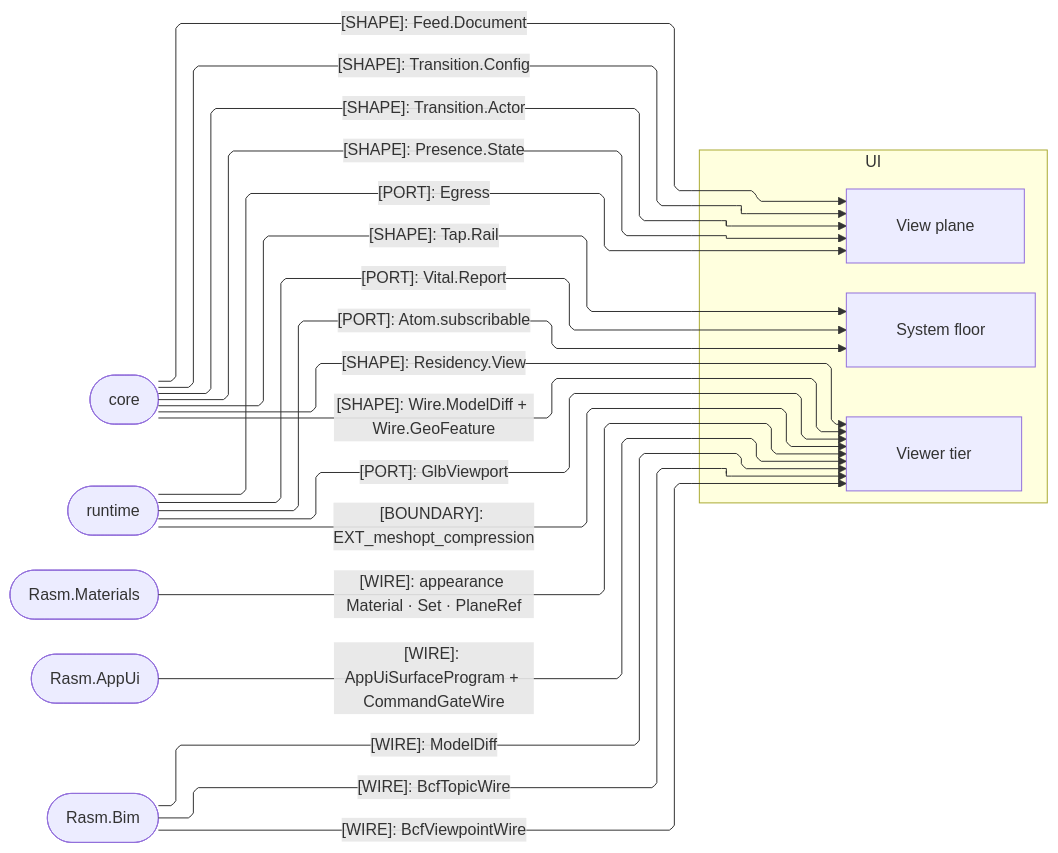
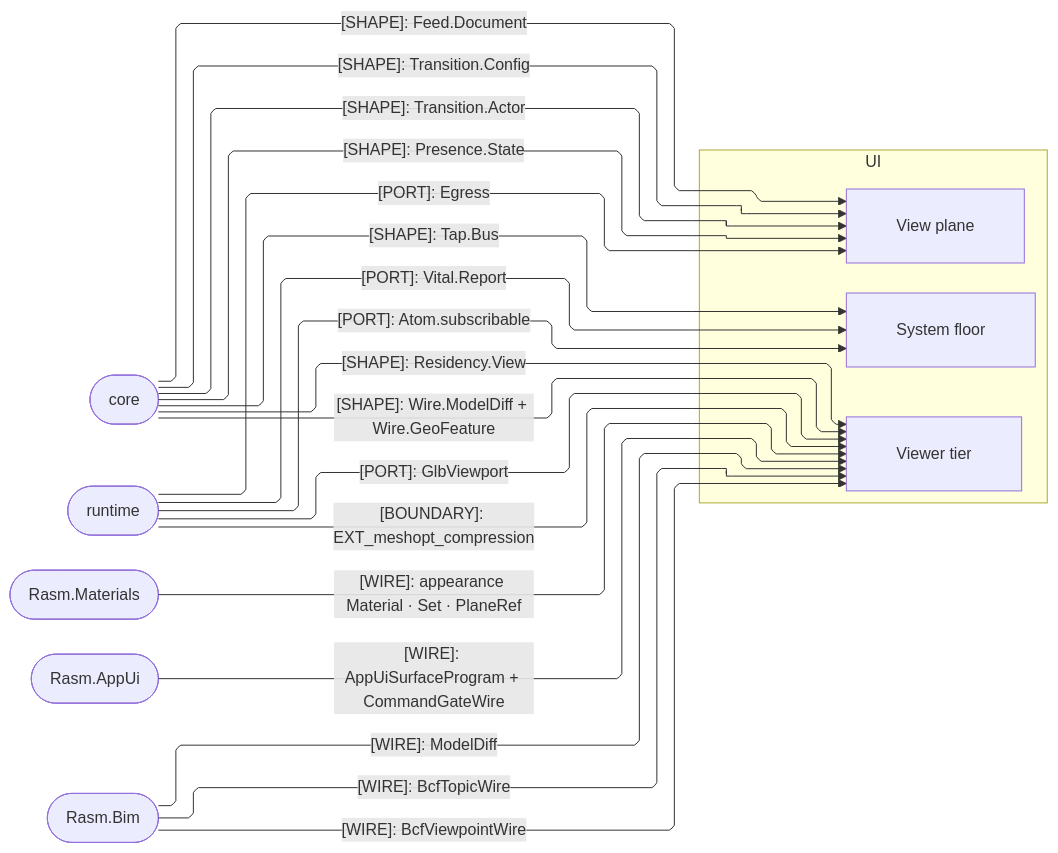
The second of 3 diagrams in libs/typescript/ui/ARCHITECTURE.md (bsamiee/Rasm), drawn with Mermaid before and after one commit. The commit also changed other lines of this file and 1997 other files, not shown here.

First line of the commit message:
docs: rename rail to result and seam to boundary across the corpus

````diff
--- a/libs/typescript/ui/ARCHITECTURE.md
+++ b/libs/typescript/ui/ARCHITECTURE.md
@@ -103,39 +103,39 @@
 ```mermaid
 ---
 config:
   layout: elk
   flowchart:
     curve: linear
     padding: 25
 ---
 flowchart LR
-    accTitle: UI package seam registry
+    accTitle: UI package boundary registry
     accDescr: Which value, wire, port, and boundary contracts cross between the ui owners and their core, runtime, and C# counterparts.
     subgraph ui[UI]
         System[System floor]
         View[View plane]
         Viewer[Viewer tier]
     end
     Core([core])
     Runtime([runtime])
     Materials([Rasm.Materials])
     AppUi([Rasm.AppUi])
     Bim([Rasm.Bim])
     Core e1@-->|"[SHAPE]: Feed.Document"| View
     Core e2@-->|"[SHAPE]: Transition.Config"| View
     Core e3@-->|"[SHAPE]: Transition.Actor"| View
     Core e4@-->|"[SHAPE]: Presence.State"| View
     Core e5@-->|"[SHAPE]: Residency.View"| Viewer
     Core e6@-->|"[SHAPE]: Wire.ModelDiff + Wire.GeoFeature"| Viewer
-    Core e7@-->|"[SHAPE]: Tap.Rail"| System
+    Core e7@-->|"[SHAPE]: Tap.Bus"| System
     Runtime e8@-->|"[PORT]: Atom.subscribable"| System
     Runtime e9@-->|"[PORT]: GlbViewport"| Viewer
     Runtime e10@-->|"[PORT]: Vital.Report"| System
     Runtime e11@-->|"[BOUNDARY]: EXT_meshopt_compression"| Viewer
     Runtime e12@-->|"[PORT]: Egress"| View
     Materials e13@-->|"[WIRE]: appearance Material · Set · PlaneRef"| Viewer
     AppUi e14@-->|"[WIRE]: AppUiSurfaceProgram + CommandGateWire"| Viewer
     Bim e15@-->|"[WIRE]: BcfTopicWire"| Viewer
     Bim e16@-->|"[WIRE]: BcfViewpointWire"| Viewer
     Bim e17@-->|"[WIRE]: ModelDiff"| Viewer
 ```
````
